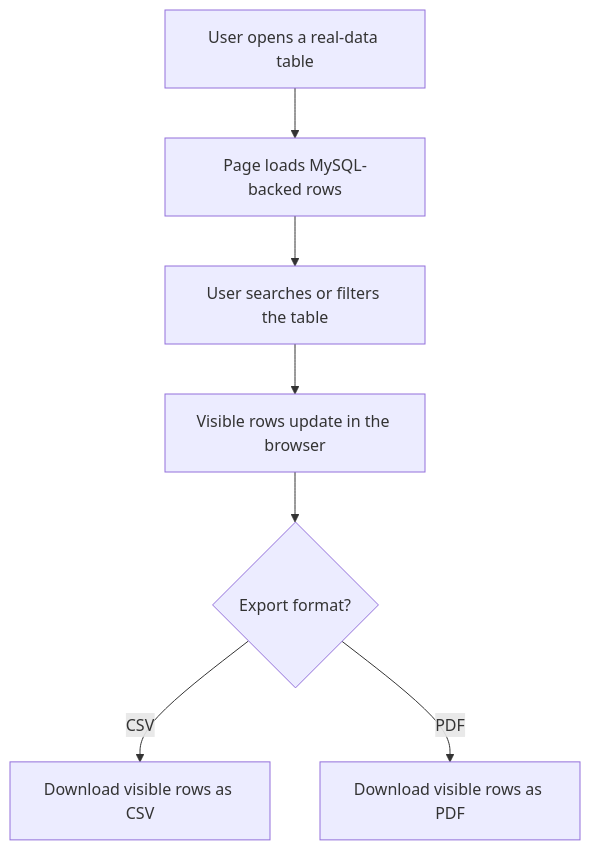
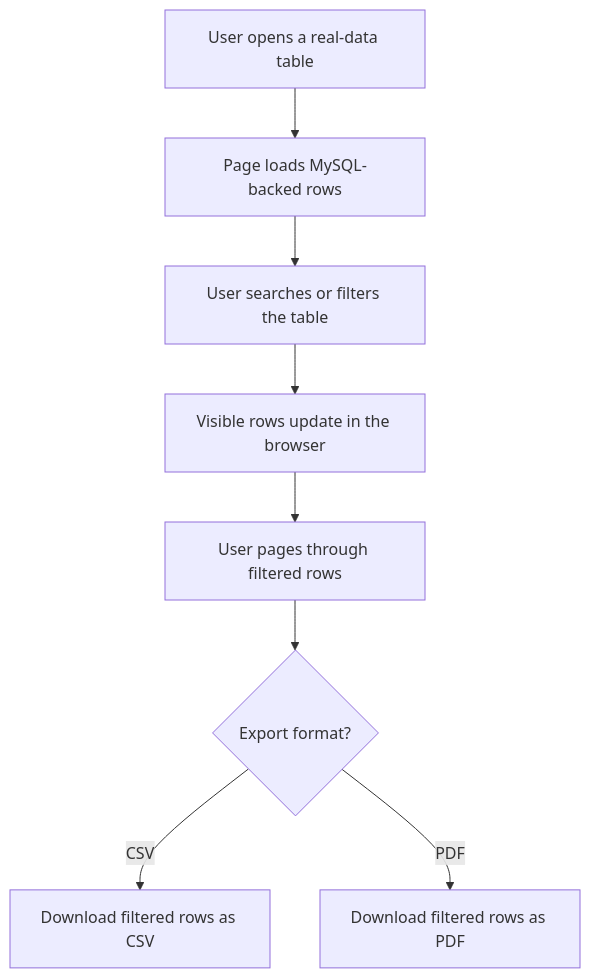
Before and after one commit to Xeyn19/xmetapay: diagram 17 of 17 in docs/PROJECT_FLOWCHARTS.md, drawn with Mermaid. The commit also changed other lines of this file and 29 other files, not shown here.

````diff
--- a/docs/PROJECT_FLOWCHARTS.md
+++ b/docs/PROJECT_FLOWCHARTS.md
@@ -562,9 +562,10 @@
 ```mermaid
 flowchart TD
   A["User opens a real-data table"] --> B["Page loads MySQL-backed rows"]
   B --> C["User searches or filters the table"]
   C --> D["Visible rows update in the browser"]
-  D --> E{"Export format?"}
-  E -->|CSV| F["Download visible rows as CSV"]
-  E -->|PDF| G["Download visible rows as PDF"]
+  D --> E["User pages through filtered rows"]
+  E --> F{"Export format?"}
+  F -->|CSV| G["Download filtered rows as CSV"]
+  F -->|PDF| H["Download filtered rows as PDF"]
 ```
````
